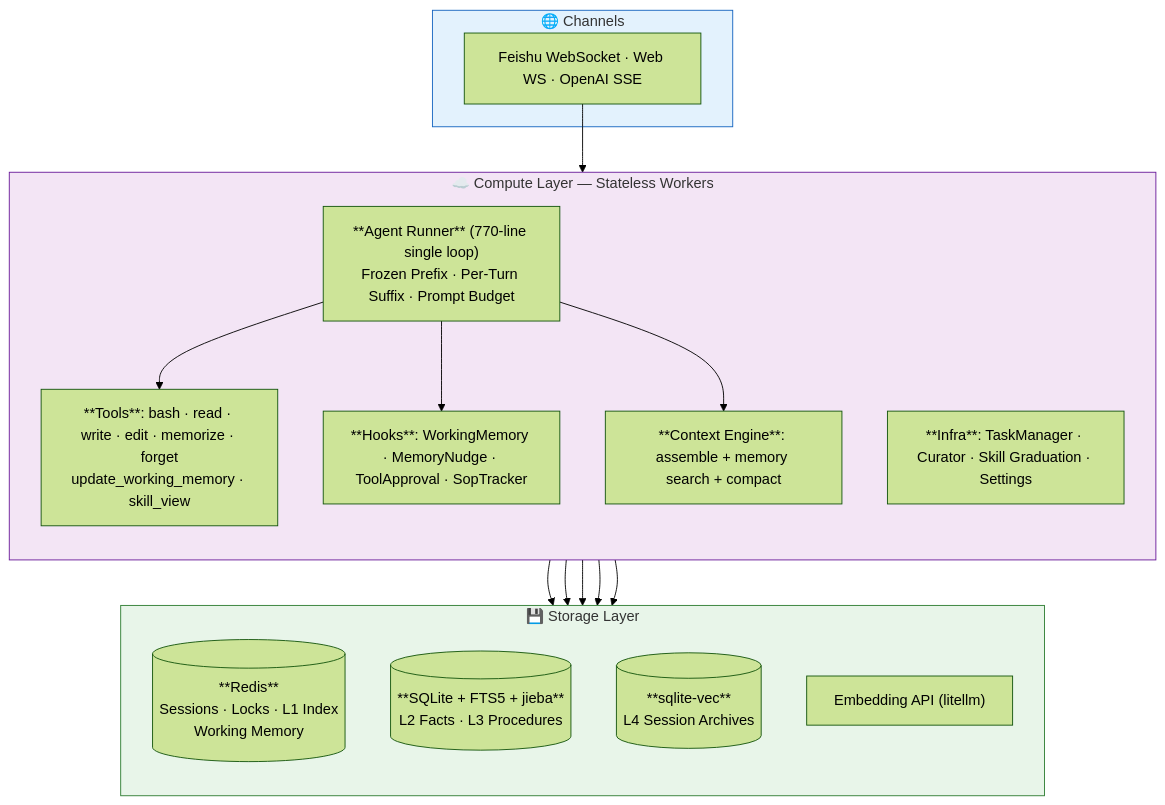
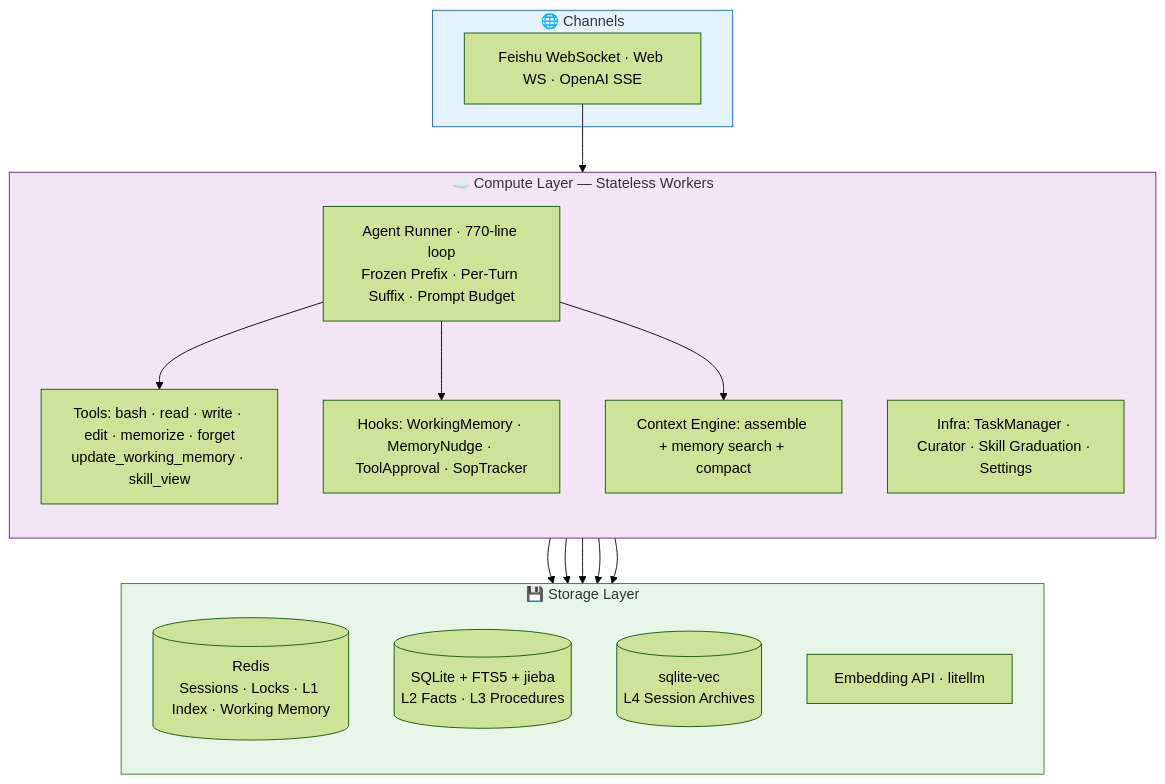
Before and after one commit to Timeflys2018/pyclaw: the third of 4 diagrams in README.md, drawn with Mermaid (forest theme). The commit also changed 1 other file, not shown here.

Commit message:
docs: 移除 mermaid 节点中的 **bold** 语法（不支持渲染）

````diff
--- a/README.md
+++ b/README.md
@@ -176,37 +176,37 @@
 ```mermaid
 graph TB
     subgraph Channels["🌐 Channels"]
         CH[Feishu WebSocket · Web WS · OpenAI SSE]
     end
 
     subgraph Compute["☁️ Compute Layer — Stateless Workers"]
         direction TB
-        Runner["**Agent Runner** (770-line single loop)<br/>Frozen Prefix · Per-Turn Suffix · Prompt Budget"]
-        Tools["**Tools**: bash · read · write · edit · memorize · forget<br/>update_working_memory · skill_view"]
-        Hooks["**Hooks**: WorkingMemory · MemoryNudge · ToolApproval · SopTracker"]
-        CE["**Context Engine**: assemble + memory search + compact"]
-        Infra["**Infra**: TaskManager · Curator · Skill Graduation · Settings"]
+        Runner["Agent Runner · 770-line loop<br/>Frozen Prefix · Per-Turn Suffix · Prompt Budget"]
+        Tools["Tools: bash · read · write · edit · memorize · forget<br/>update_working_memory · skill_view"]
+        Hooks["Hooks: WorkingMemory · MemoryNudge · ToolApproval · SopTracker"]
+        CE["Context Engine: assemble + memory search + compact"]
+        Infra["Infra: TaskManager · Curator · Skill Graduation · Settings"]
     end
 
     subgraph Storage["💾 Storage Layer"]
         direction TB
-        Redis[("**Redis**<br/>Sessions · Locks · L1 Index<br/>Working Memory")]
-        Memory[("**SQLite + FTS5 + jieba**<br/>L2 Facts · L3 Procedures")]
-        Vec[("**sqlite-vec**<br/>L4 Session Archives")]
-        Embed["Embedding API (litellm)"]
+        Redis[("Redis<br/>Sessions · Locks · L1 Index · Working Memory")]
+        Memory[("SQLite + FTS5 + jieba<br/>L2 Facts · L3 Procedures")]
+        Vec[("sqlite-vec<br/>L4 Session Archives")]
+        Embed["Embedding API · litellm"]
     end
 
     CH --> Runner
     Runner --> Tools
     Runner --> Hooks
     Runner --> CE
     Hooks --> Redis
     CE --> Memory
     CE --> Vec
     CE --> Embed
     Infra --> Redis
 
     style Channels fill:#e3f2fd,stroke:#1565c0
     style Compute fill:#f3e5f5,stroke:#6a1b9a
     style Storage fill:#e8f5e9,stroke:#2e7d32
 ```
````
